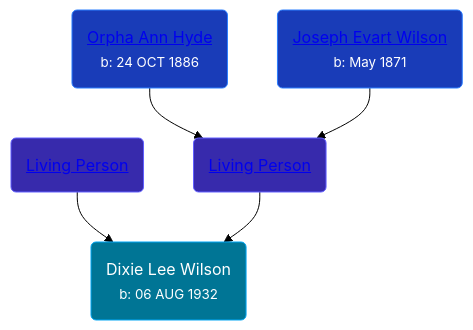
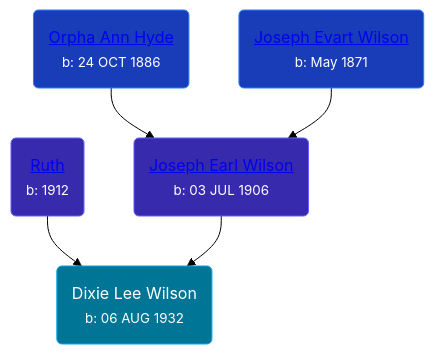
One commit to wpmgotkh/wpmgotkh.github.io changed the diagram in pages/people/8/87584724.md. Above: the diagram before and after it, drawn with Mermaid (forest theme). The commit also changed other lines of this file and 586 other files, not shown here.

Commit message:
feat: better shouldConsiderPersonLiving algo

````diff
--- a/pages/people/8/87584724.md
+++ b/pages/people/8/87584724.md
@@ -11,11 +11,11 @@
 ```mermaid
 graph
 classDef grands fill:#193cb8,stroke:#2b7fff,stroke-width:1px,color:#fff;
 classDef parents fill:#372aac,stroke:#615fff,stroke-width:1px,color:#fff;
 classDef primary fill:#007595,stroke:#00a6f4,stroke-width:1px,color:#fff;
 87584724(Dixie Lee Wilson<br /><small>b: 06 AUG 1932</small>):::primary
-72945090(<a class="text-white" href="/people/7/72945090">Living Person</a>):::parents-->87584724
-35616804(<a class="text-white" href="/people/3/35616804">Living Person</a>):::parents-->87584724
+72945090(<a class="text-white" href="/people/7/72945090">Ruth </a><br /><small>b: 1912</small>):::parents-->87584724
+35616804(<a class="text-white" href="/people/3/35616804">Joseph Earl Wilson</a><br /><small>b: 03 JUL 1906</small>):::parents-->87584724
 63932813(<a class="text-white" href="/people/6/63932813">Orpha Ann Hyde</a><br /><small>b: 24 OCT 1886</small>):::grands-->35616804
 57306025(<a class="text-white" href="/people/5/57306025">Joseph Evart Wilson</a><br /><small>b: May 1871</small>):::grands-->35616804
 ```
````
